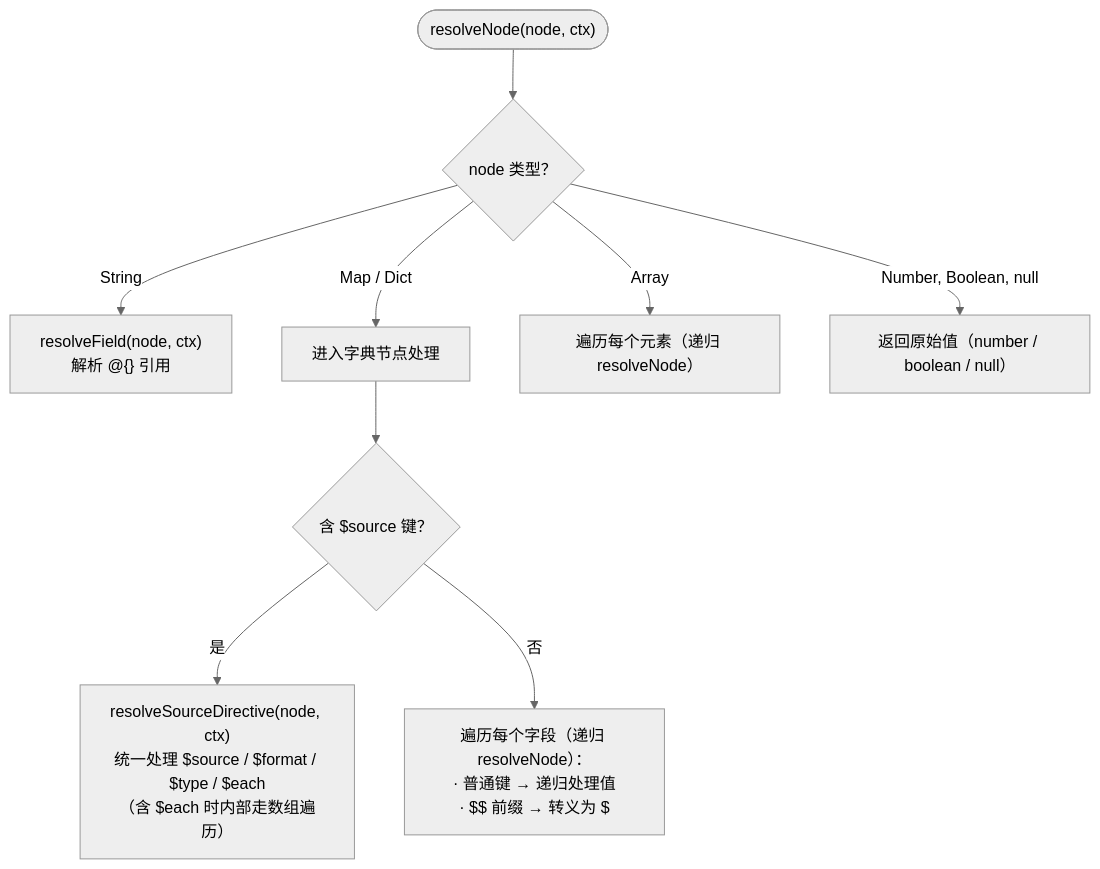
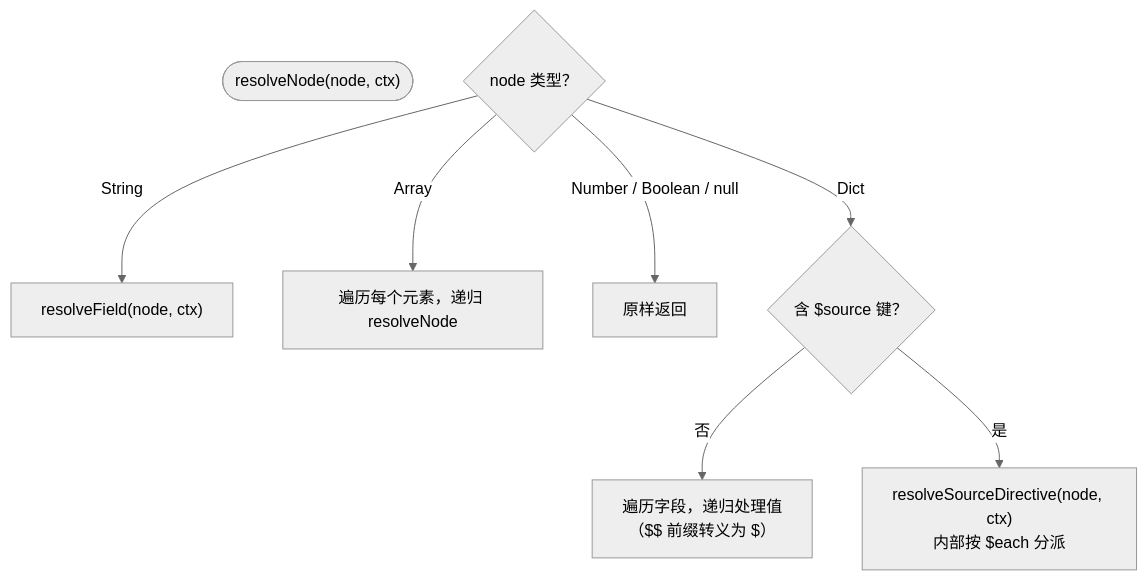
The eighth of 19 diagrams in doc/requirements/202605-notification-design-dd.md (xnslong/rc_xnslong), drawn with Mermaid (neutral theme) before and after one commit. The commit also changed other lines of this file, not shown here.

First line of the commit message:
docs(dd): 精简 Route 活动图，修正 resolveNode 分派逻辑，完善评审记录

````diff
--- a/doc/requirements/202605-notification-design-dd.md
+++ b/doc/requirements/202605-notification-design-dd.md
@@ -1168,24 +1168,13 @@
 ```mermaid
 flowchart TD
     ENTER(["resolveNode(node, ctx)"])
     TYPE{"node 类型？"}
 
-    T_FIELD["resolveField(node, ctx)<br>解析 @{} 引用"]
-    T_MAP["进入字典节点处理"]
-    T_ARRAY["遍历每个元素（递归 resolveNode）"]
-    T_PRIMITIVE["返回原始值（number / boolean / null）"]
+    TYPE -->|"String"| FIELD["resolveField(node, ctx)"]
+    TYPE -->|"Array"| ARRAY["遍历每个元素，递归 resolveNode"]
+    TYPE -->|"Number / Boolean / null"| PRIMITIVE["原样返回"]
+    TYPE -->|"Dict"| MAP{"含 $source 键？"}
 
-    ENTER --> TYPE
-
-    TYPE -->|"String"| T_FIELD
-    TYPE -->|"Map / Dict"| T_MAP
-    TYPE -->|"Array"| T_ARRAY
-    TYPE -->|"Number, Boolean, null"| T_PRIMITIVE
-
-    HAS_SOURCE{"含 $source 键？"}
-    NORMAL_MAP["遍历每个字段（递归 resolveNode）：<br>· 普通键 → 递归处理值<br>· $$ 前缀 → 转义为 $"]
-
-    T_MAP --> HAS_SOURCE
-    HAS_SOURCE -->|"是"| SOURCE["resolveSourceDirective(node, ctx)<br>统一处理 $source / $format / $type / $each<br>（含 $each 时内部走数组遍历）"]
-    HAS_SOURCE -->|"否"| NORMAL_MAP
+    MAP -->|"否"| NORMAL["遍历字段，递归处理值<br>（$$ 前缀转义为 $）"]
+    MAP -->|"是"| SOURCE["resolveSourceDirective(node, ctx)<br>内部按 $each 分派"]
 ```
````
